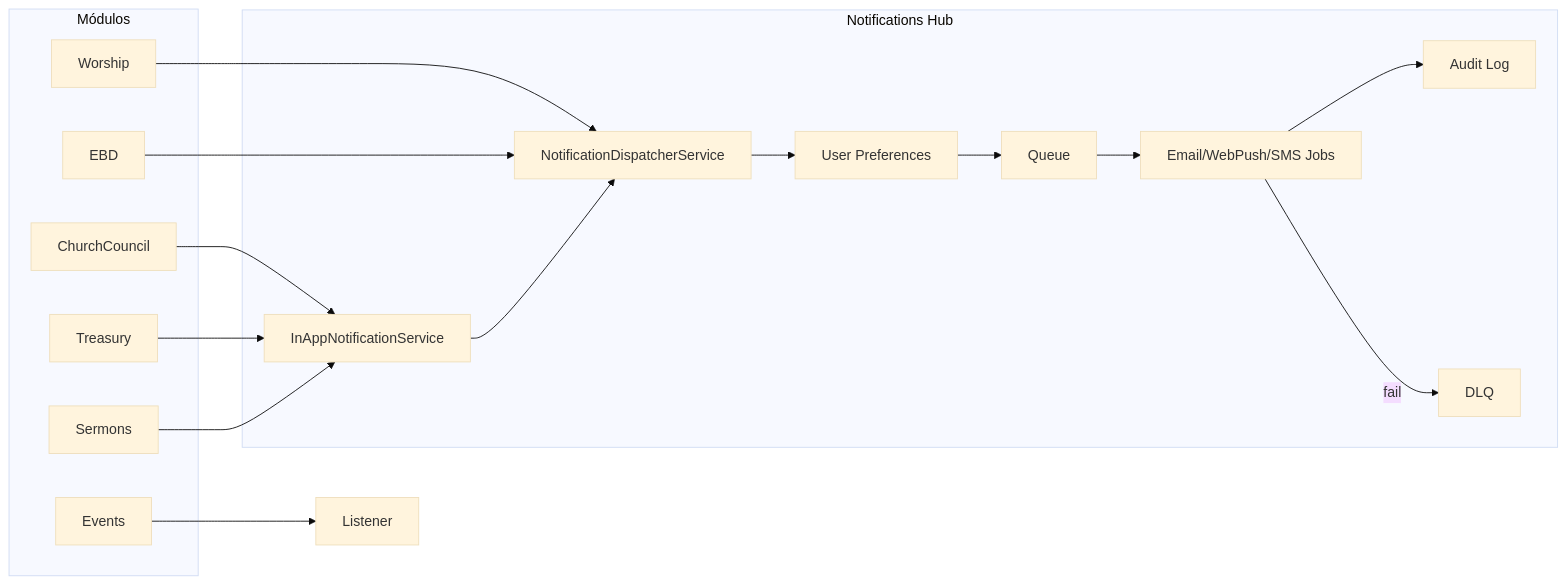
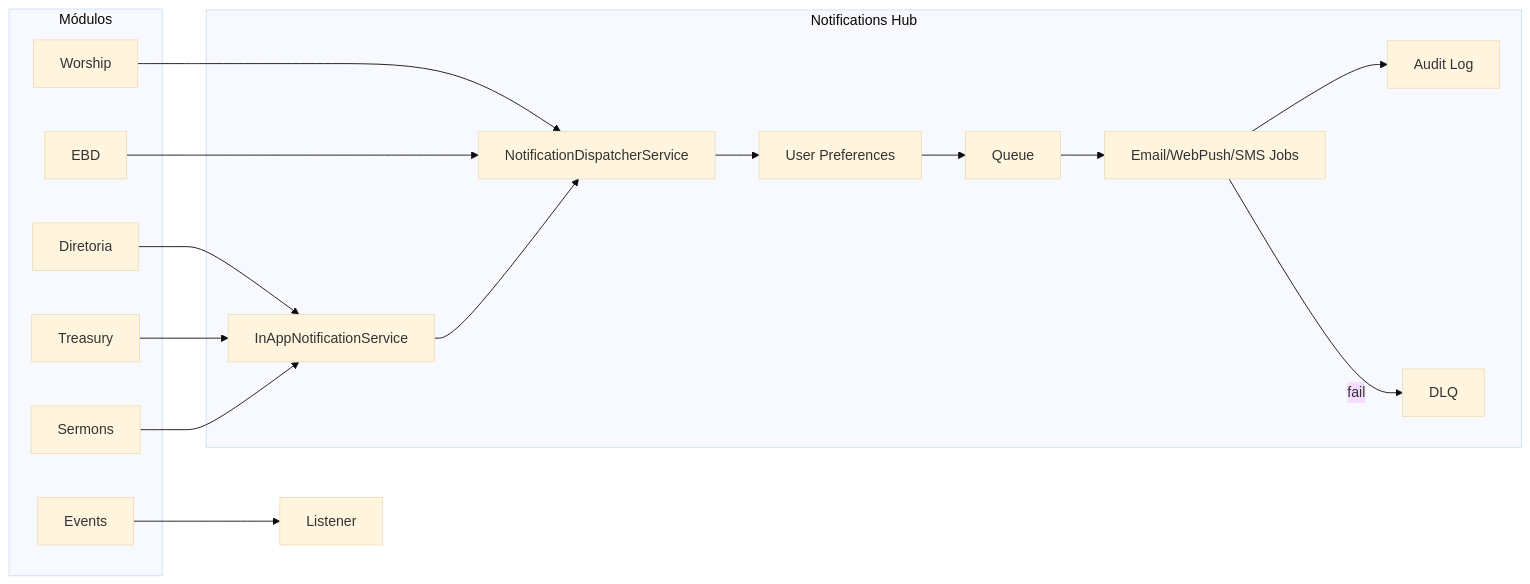
The diagram in Modules/Notifications/UPDATE.md (RabbitVisual/VS-JUBAF), drawn with Mermaid (base theme) before and after one commit. The commit also changed other lines of this file and 295 other files, not shown here.

````diff
--- a/Modules/Notifications/UPDATE.md
+++ b/Modules/Notifications/UPDATE.md
@@ -147,32 +157,32 @@
 ```mermaid
 flowchart LR
     subgraph modules [Módulos]
-        CC[ChurchCouncil]
+        CC[Diretoria]
         T[Treasury]
         W[Worship]
         EBD[EBD]
         S[Sermons]
         Ev[Events]
     end
     subgraph notifications [Notifications Hub]
         InApp[InAppNotificationService]
         Disp[NotificationDispatcherService]
         Pref[User Preferences]
         Q[Queue]
         Jobs[Email/WebPush/SMS Jobs]
         Audit[Audit Log]
         DLQ[DLQ]
     end
     CC --> InApp
     T --> InApp
     W --> Disp
     EBD --> Disp
     S --> InApp
     Ev --> Listener
     InApp --> Disp
     Disp --> Pref
     Pref --> Q
     Q --> Jobs
     Jobs --> Audit
     Jobs -->|fail| DLQ
 ```
````
